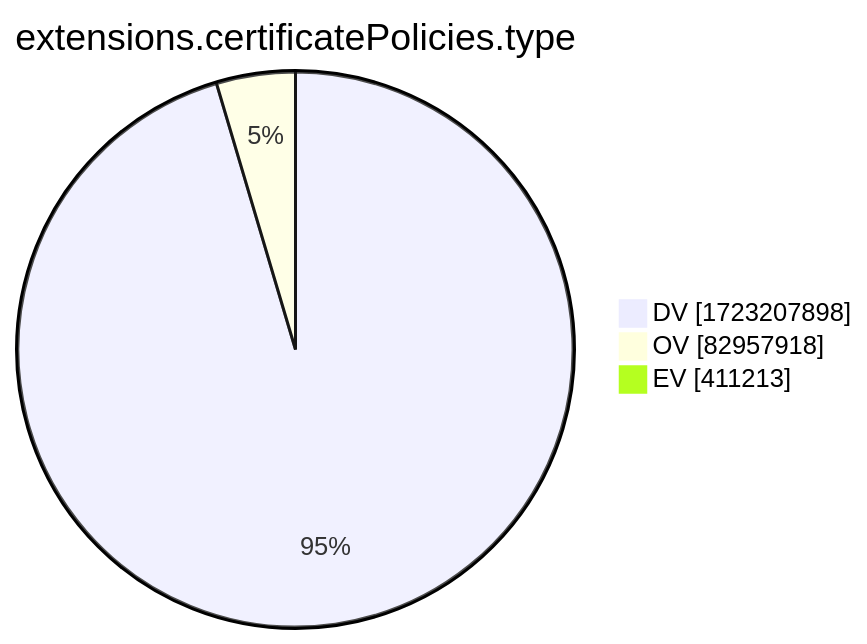
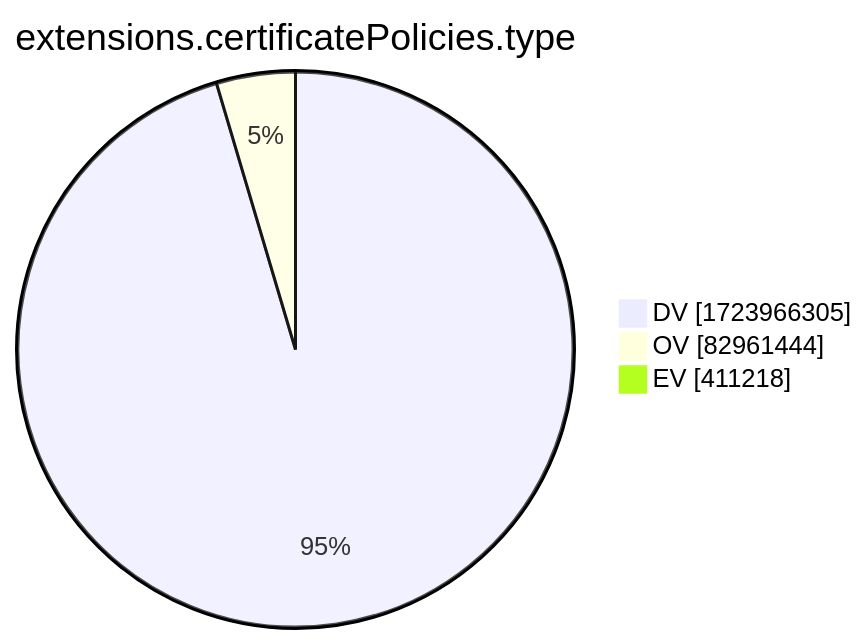
Before and after one commit to christiankrug/ctmonitor_visualization: the tenth of 15 diagrams in xenon2022/README.md, drawn with Mermaid. The commit also changed other lines of this file, not shown here.

````diff
--- a/xenon2022/README.md
+++ b/xenon2022/README.md
@@ -2881,7 +2881,7 @@
 ```mermaid
 pie showData
 title extensions.certificatePolicies.type
-"DV" :1723207898
-"OV" :82957918
-"EV" :411213
+"DV" :1723966305
+"OV" :82961444
+"EV" :411218
 ```
````
